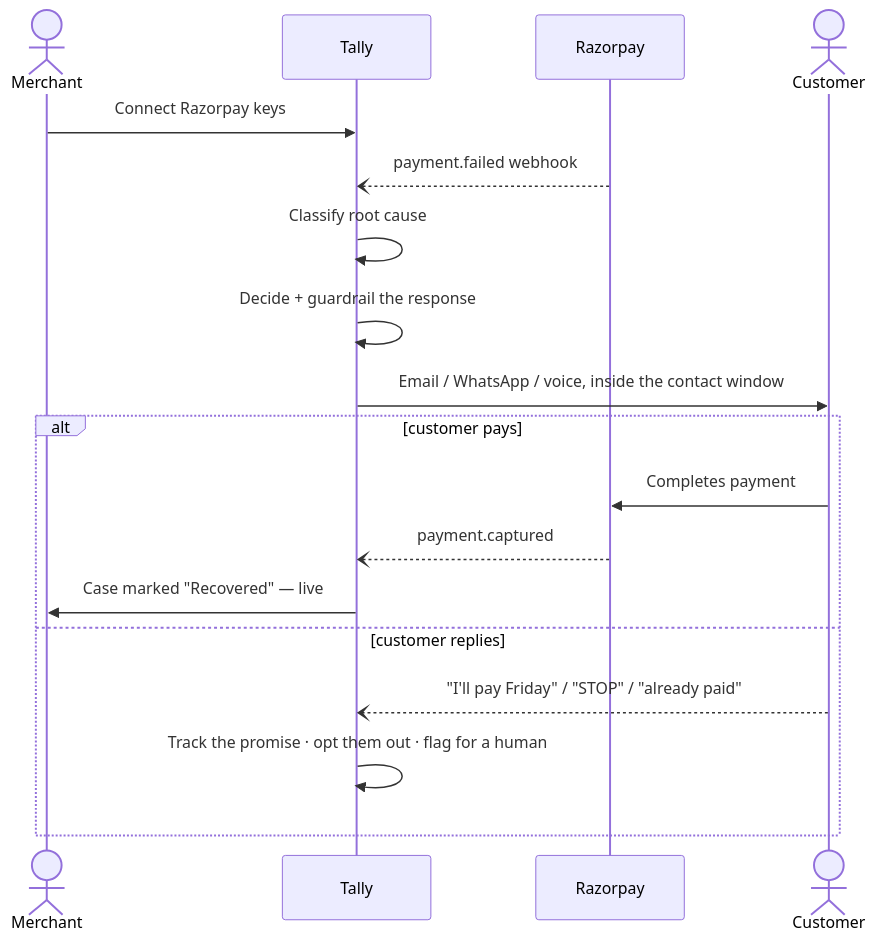
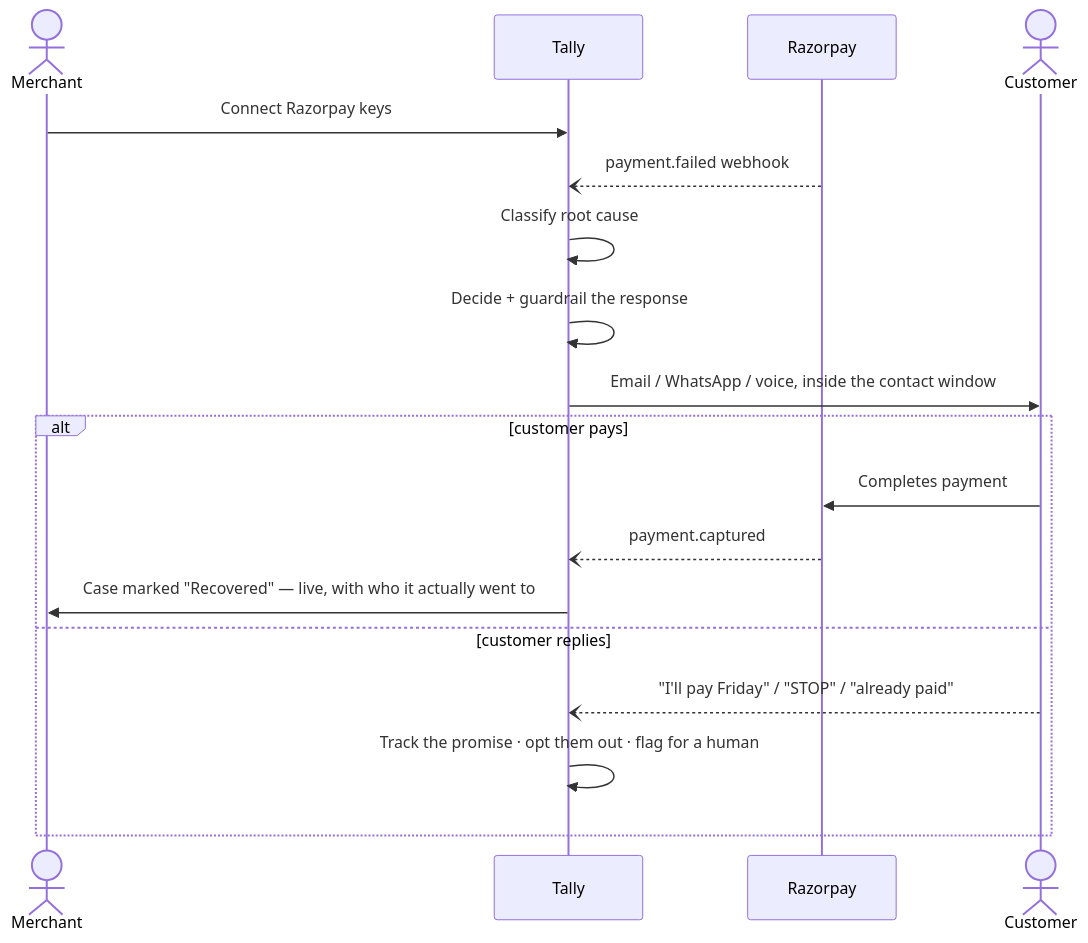
The second of 3 diagrams in README.md (Mudavath-Giri-Naik/Tally), drawn with Mermaid before and after one commit. The commit also changed other lines of this file and 1 other file, not shown here.

````diff
--- a/README.md
+++ b/README.md
@@ -85,21 +89,21 @@
 ```mermaid
 sequenceDiagram
   actor M as Merchant
   participant T as Tally
   participant R as Razorpay
   actor C as Customer
 
   M->>T: Connect Razorpay keys
   R--)T: payment.failed webhook
   T->>T: Classify root cause
   T->>T: Decide + guardrail the response
   T->>C: Email / WhatsApp / voice, inside the contact window
   alt customer pays
     C->>R: Completes payment
     R--)T: payment.captured
-    T->>M: Case marked "Recovered" — live
+    T->>M: Case marked "Recovered" — live, with who it actually went to
   else customer replies
     C--)T: "I'll pay Friday" / "STOP" / "already paid"
     T->>T: Track the promise · opt them out · flag for a human
   end
 ```
````
